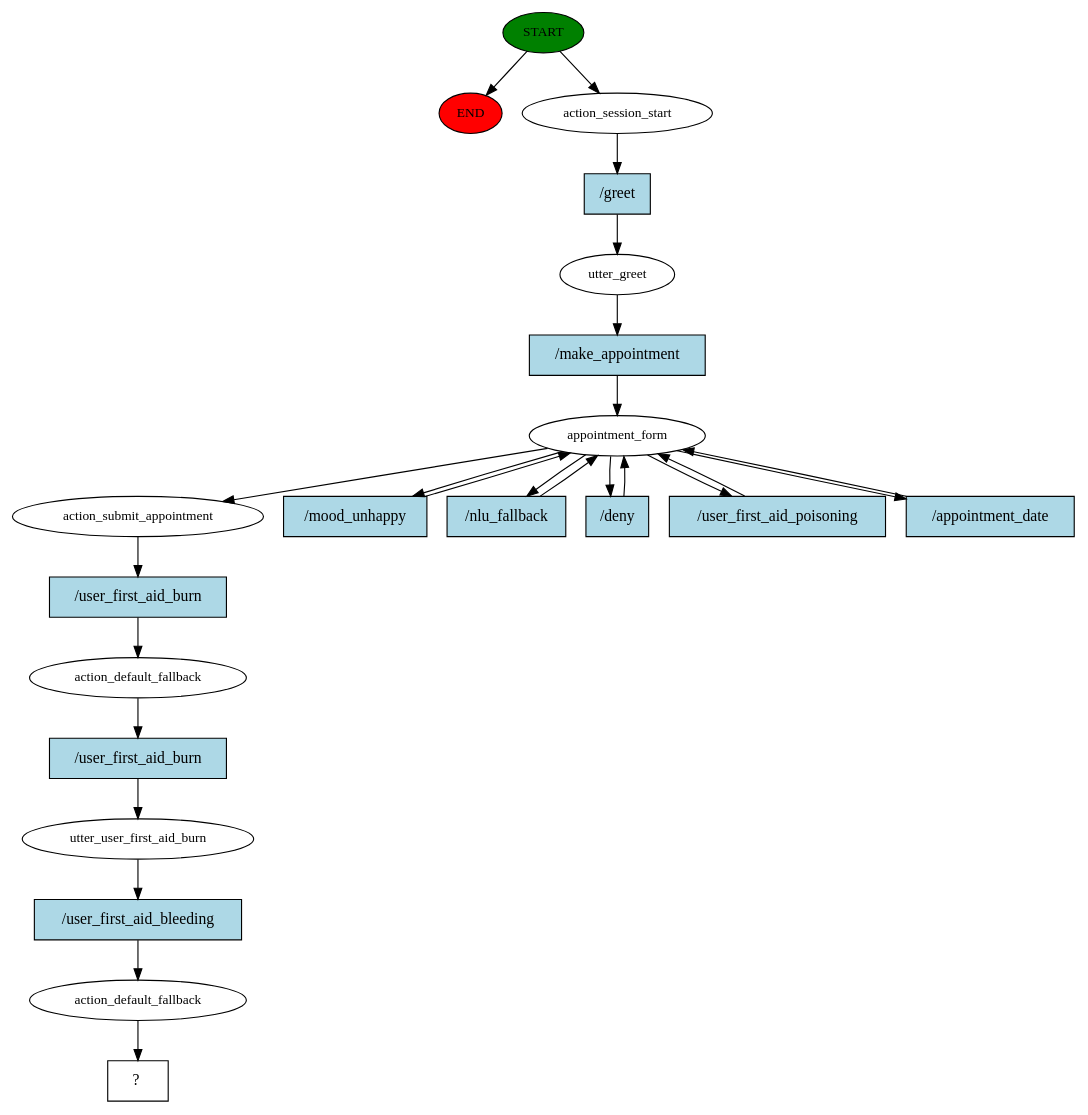
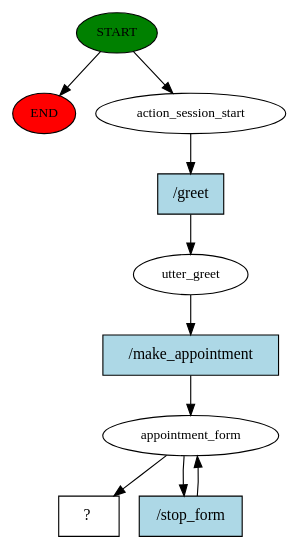
The diagram in story_graph.dot (Localized-Medical-Chatbot/Medical_Chatbot), drawn with Graphviz before and after one commit. The commit also changed 22 other files, not shown here.

```diff
--- a/story_graph.dot
+++ b/story_graph.dot
@@ -1,46 +1,20 @@
 digraph  {
 0 [class="start active", fillcolor=green, fontsize=12, label=START, style=filled];
 "-1" [class=end, fillcolor=red, fontsize=12, label=END, style=filled];
 1 [class=active, fontsize=12, label=action_session_start];
 2 [class=active, fontsize=12, label=utter_greet];
 3 [class=active, fontsize=12, label=appointment_form];
-9 [class=active, fontsize=12, label=action_submit_appointment];
-10 [class=active, fontsize=12, label=action_default_fallback];
-11 [class=active, fontsize=12, label=utter_user_first_aid_burn];
-12 [class=active, fontsize=12, label=action_default_fallback];
-13 [class="intent dashed active", label="  ?  ", shape=rect];
-14 [class="intent active", fillcolor=lightblue, label="/greet", shape=rect, style=filled];
-15 [class="intent active", fillcolor=lightblue, label="/make_appointment", shape=rect, style=filled];
-16 [class="intent active", fillcolor=lightblue, label="/mood_unhappy", shape=rect, style=filled];
-17 [class="intent active", fillcolor=lightblue, label="/nlu_fallback", shape=rect, style=filled];
-18 [class="intent active", fillcolor=lightblue, label="/deny", shape=rect, style=filled];
-19 [class="intent active", fillcolor=lightblue, label="/user_first_aid_poisoning", shape=rect, style=filled];
-20 [class="intent active", fillcolor=lightblue, label="/appointment_date", shape=rect, style=filled];
-21 [class="intent active", fillcolor=lightblue, label="/user_first_aid_burn", shape=rect, style=filled];
-22 [class="intent active", fillcolor=lightblue, label="/user_first_aid_burn", shape=rect, style=filled];
-23 [class="intent active", fillcolor=lightblue, label="/user_first_aid_bleeding", shape=rect, style=filled];
+5 [class="intent dashed active", label="  ?  ", shape=rect];
+6 [class="intent active", fillcolor=lightblue, label="/greet", shape=rect, style=filled];
+7 [class="intent active", fillcolor=lightblue, label="/make_appointment", shape=rect, style=filled];
+8 [class="intent active", fillcolor=lightblue, label="/stop_form", shape=rect, style=filled];
 0 -> "-1"  [class="", key=NONE, label=""];
 0 -> 1  [class=active, key=NONE, label=""];
-1 -> 14  [class=active, key=0];
-2 -> 15  [class=active, key=0];
-3 -> 9  [class=active, key=NONE, label=""];
-3 -> 16  [class=active, key=0];
-3 -> 17  [class=active, key=0];
-3 -> 18  [class=active, key=0];
-3 -> 19  [class=active, key=0];
-3 -> 20  [class=active, key=0];
-9 -> 21  [class=active, key=0];
-10 -> 22  [class=active, key=0];
-11 -> 23  [class=active, key=0];
-12 -> 13  [class=active, key=NONE, label=""];
-14 -> 2  [class=active, key=0];
-15 -> 3  [class=active, key=0];
-16 -> 3  [class=active, key=0];
-17 -> 3  [class=active, key=0];
-18 -> 3  [class=active, key=0];
-19 -> 3  [class=active, key=0];
-20 -> 3  [class=active, key=0];
-21 -> 10  [class=active, key=0];
-22 -> 11  [class=active, key=0];
-23 -> 12  [class=active, key=0];
+1 -> 6  [class=active, key=0];
+2 -> 7  [class=active, key=0];
+3 -> 5  [class=active, key=NONE, label=""];
+3 -> 8  [class=active, key=0];
+6 -> 2  [class=active, key=0];
+7 -> 3  [class=active, key=0];
+8 -> 3  [class=active, key=0];
 }
```
